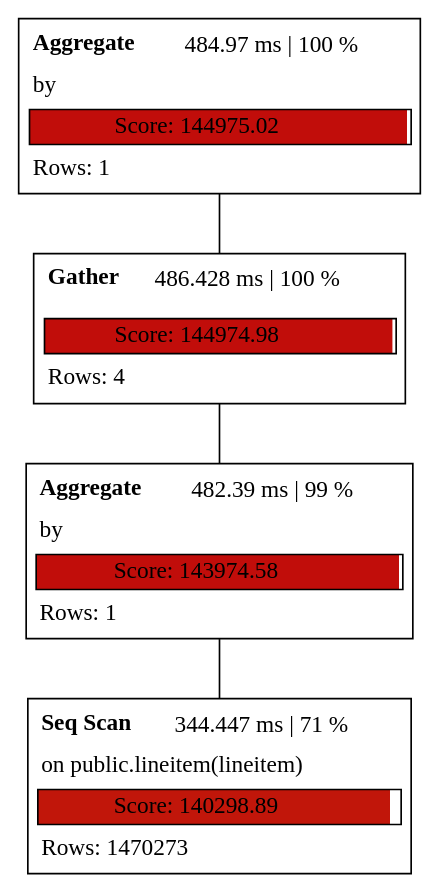
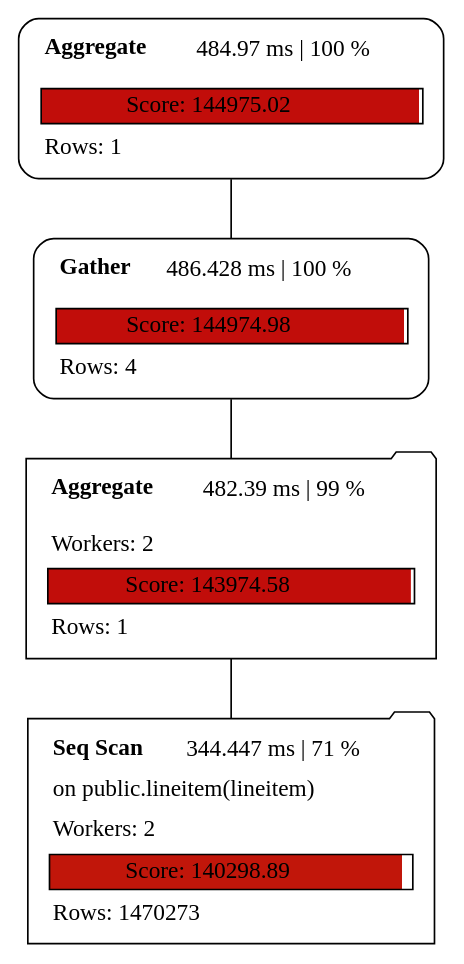
Before and after one commit to sanpii/explain: the diagram in examples/plan_parallel.dot, drawn with Graphviz. The commit also changed 17 other files, not shown here.

```diff
--- a/examples/plan_parallel.dot
+++ b/examples/plan_parallel.dot
@@ -1,29 +1,9 @@
 graph explain {
-    node0[label=<<table cellborder="0" cellspacing="5">
-    <tr><td align="left"><b>Aggregate</b></td><td>484.97 ms | 100 %</td></tr>
-    <tr><td colspan="2" align="left">by </td></tr>
-    <tr><td colspan="2" border="1" bgcolor="#c10d0a;0.99:white">Score: 144975.02</td></tr>
-    <tr><td colspan="2" align="left">Rows: 1</td></tr>
-</table>>][style="rounded"][shape="plain"];
-    node1[label=<<table cellborder="0" cellspacing="5">
-    <tr><td align="left"><b>Gather</b></td><td>486.428 ms | 100 %</td></tr>
-    <tr><td colspan="2" align="left"></td></tr>
-    <tr><td colspan="2" border="1" bgcolor="#c10d0a;0.99:white">Score: 144974.98</td></tr>
-    <tr><td colspan="2" align="left">Rows: 4</td></tr>
-</table>>][style="rounded"][shape="plain"];
-    node2[label=<<table cellborder="0" cellspacing="5">
-    <tr><td align="left"><b>Aggregate</b></td><td>482.39 ms | 99 %</td></tr>
-    <tr><td colspan="2" align="left">by </td></tr>
-    <tr><td colspan="2" border="1" bgcolor="#c10d0a;0.99:white">Score: 143974.58</td></tr>
-    <tr><td colspan="2" align="left">Rows: 1</td></tr>
-</table>>][style="rounded"][shape="plain"];
-    node3[label=<<table cellborder="0" cellspacing="5">
-    <tr><td align="left"><b>Seq Scan</b></td><td>344.447 ms | 71 %</td></tr>
-    <tr><td colspan="2" align="left">on public.lineitem(lineitem)</td></tr>
-    <tr><td colspan="2" border="1" bgcolor="#c1160a;0.97:white">Score: 140298.89</td></tr>
-    <tr><td colspan="2" align="left">Rows: 1470273</td></tr>
-</table>>][style="rounded"][shape="plain"];
+    node0[label=<<table border="0" cellborder="0" cellspacing="5"><tr><td align="left"><b>Aggregate</b></td><td>484.97 ms | 100 %</td></tr><tr><td colspan="2" align="left"></td></tr><tr><td colspan="2" border="1" bgcolor="#c10d0a;0.99:white">Score: 144975.02</td></tr><tr><td colspan="2" align="left">Rows: 1</td></tr></table>>][style="rounded"][shape="box"];
+    node1[label=<<table border="0" cellborder="0" cellspacing="5"><tr><td align="left"><b>Gather</b></td><td>486.428 ms | 100 %</td></tr><tr><td colspan="2" align="left"></td></tr><tr><td colspan="2" border="1" bgcolor="#c10d0a;0.99:white">Score: 144974.98</td></tr><tr><td colspan="2" align="left">Rows: 4</td></tr></table>>][style="rounded"][shape="box"];
+    node2[label=<<table border="0" cellborder="0" cellspacing="5"><tr><td align="left"><b>Aggregate</b></td><td>482.39 ms | 99 %</td></tr><tr><td colspan="2" align="left"></td></tr><tr><td colspan="2" align="left">Workers: 2</td></tr><tr><td colspan="2" border="1" bgcolor="#c10d0a;0.99:white">Score: 143974.58</td></tr><tr><td colspan="2" align="left">Rows: 1</td></tr></table>>][style="rounded"][shape="folder"];
+    node3[label=<<table border="0" cellborder="0" cellspacing="5"><tr><td align="left"><b>Seq Scan</b></td><td>344.447 ms | 71 %</td></tr><tr><td colspan="2" align="left">on public.lineitem(lineitem)</td></tr><tr><td colspan="2" align="left">Workers: 2</td></tr><tr><td colspan="2" border="1" bgcolor="#c1160a;0.97:white">Score: 140298.89</td></tr><tr><td colspan="2" align="left">Rows: 1470273</td></tr></table>>][style="rounded"][shape="folder"];
     node0 -- node1[label=""];
     node1 -- node2[label=""];
     node2 -- node3[label=""];
 }
```
